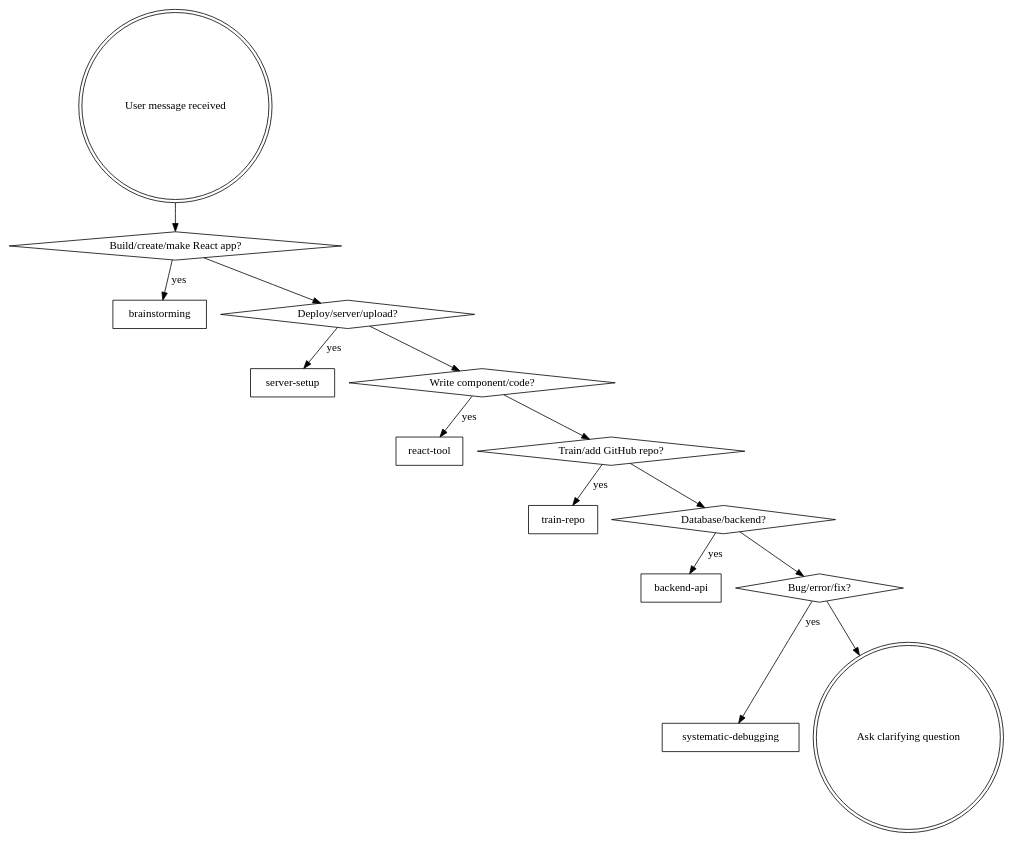
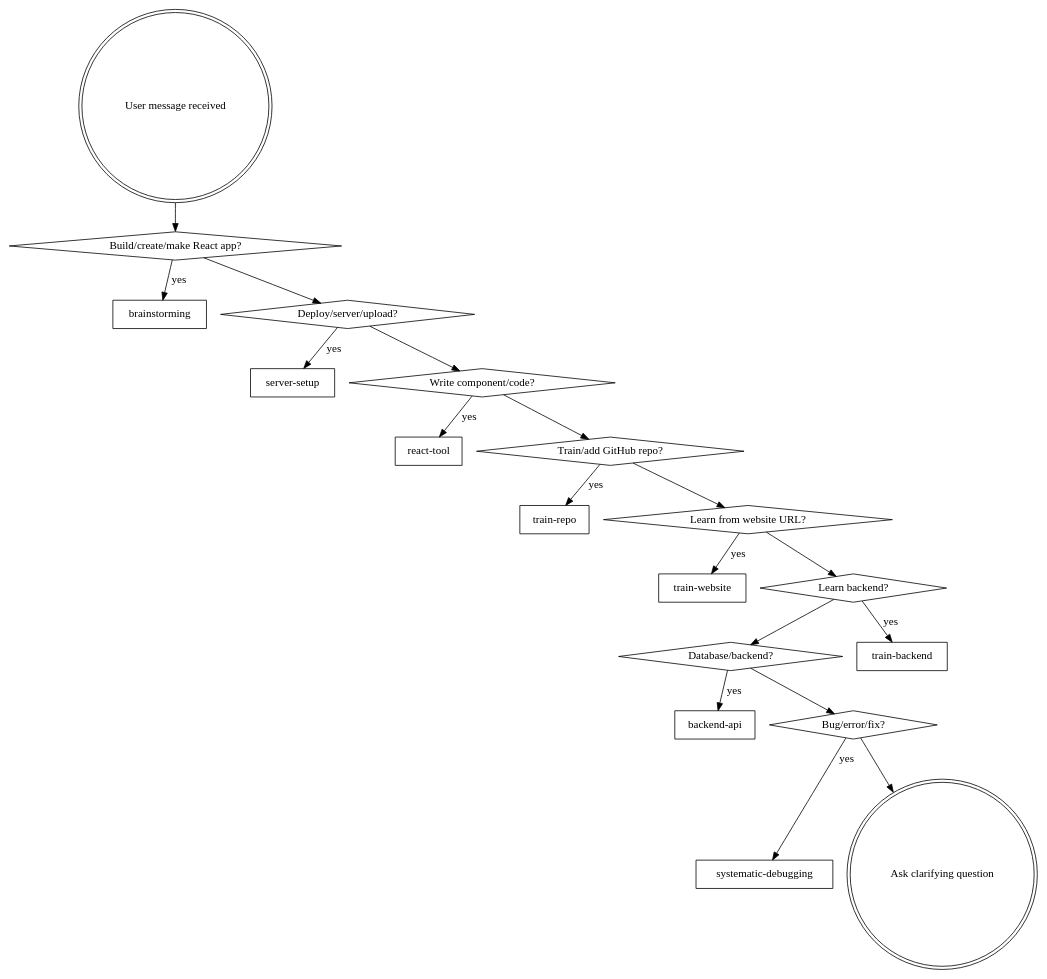
The diagram in skills/bootstrap/SKILL.md (houtaohayden-design/react-fullstack-pipeline), drawn with Graphviz before and after one commit. The commit also changed other lines of this file and 125 other files, not shown here.

````diff
--- a/skills/bootstrap/SKILL.md
+++ b/skills/bootstrap/SKILL.md
@@ -18,32 +18,40 @@
 ```dot
 digraph routing {
     "User message received" [shape=doublecircle];
     "Build/create/make React app?" [shape=diamond];
     "brainstorming" [shape=box];
     "Deploy/server/upload?" [shape=diamond];
     "server-setup" [shape=box];
     "Write component/code?" [shape=diamond];
     "react-tool" [shape=box];
     "Train/add GitHub repo?" [shape=diamond];
     "train-repo" [shape=box];
+    "Learn from website URL?" [shape=diamond];
+    "train-website" [shape=box];
     "Database/backend?" [shape=diamond];
     "backend-api" [shape=box];
     "Bug/error/fix?" [shape=diamond];
     "systematic-debugging" [shape=box];
     "Ask clarifying question" [shape=doublecircle];
 
     "User message received" -> "Build/create/make React app?";
     "Build/create/make React app?" -> "brainstorming" [label="yes"];
     "Build/create/make React app?" -> "Deploy/server/upload?";
     "Deploy/server/upload?" -> "server-setup" [label="yes"];
     "Deploy/server/upload?" -> "Write component/code?";
     "Write component/code?" -> "react-tool" [label="yes"];
     "Write component/code?" -> "Train/add GitHub repo?";
     "Train/add GitHub repo?" -> "train-repo" [label="yes"];
-    "Train/add GitHub repo?" -> "Database/backend?";
+    "Train/add GitHub repo?" -> "Learn from website URL?";
+    "Learn from website URL?" -> "train-website" [label="yes"];
+    "Learn from website URL?" -> "Learn backend?";
+    "Learn backend?" [shape=diamond];
+    "train-backend" [shape=box];
+    "Learn backend?" -> "train-backend" [label="yes"];
+    "Learn backend?" -> "Database/backend?";
     "Database/backend?" -> "backend-api" [label="yes"];
     "Database/backend?" -> "Bug/error/fix?";
     "Bug/error/fix?" -> "systematic-debugging" [label="yes"];
     "Bug/error/fix?" -> "Ask clarifying question";
 }
 ```
````
